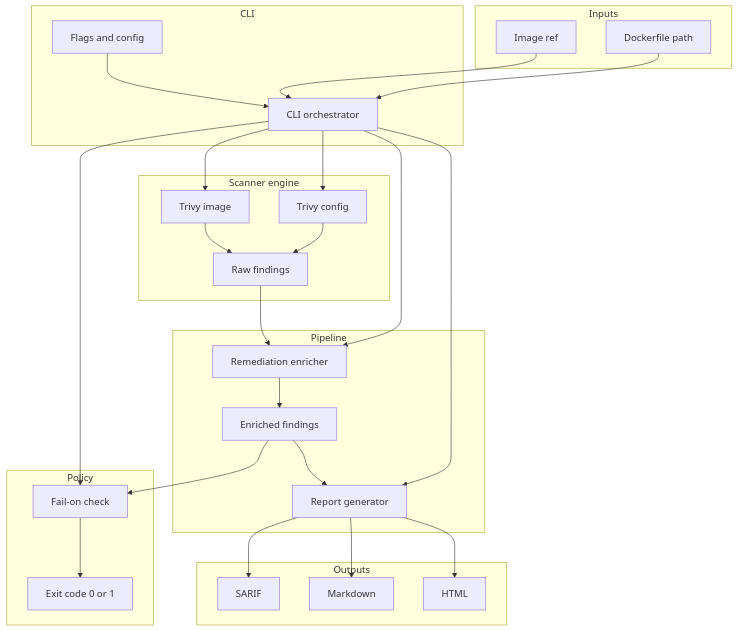
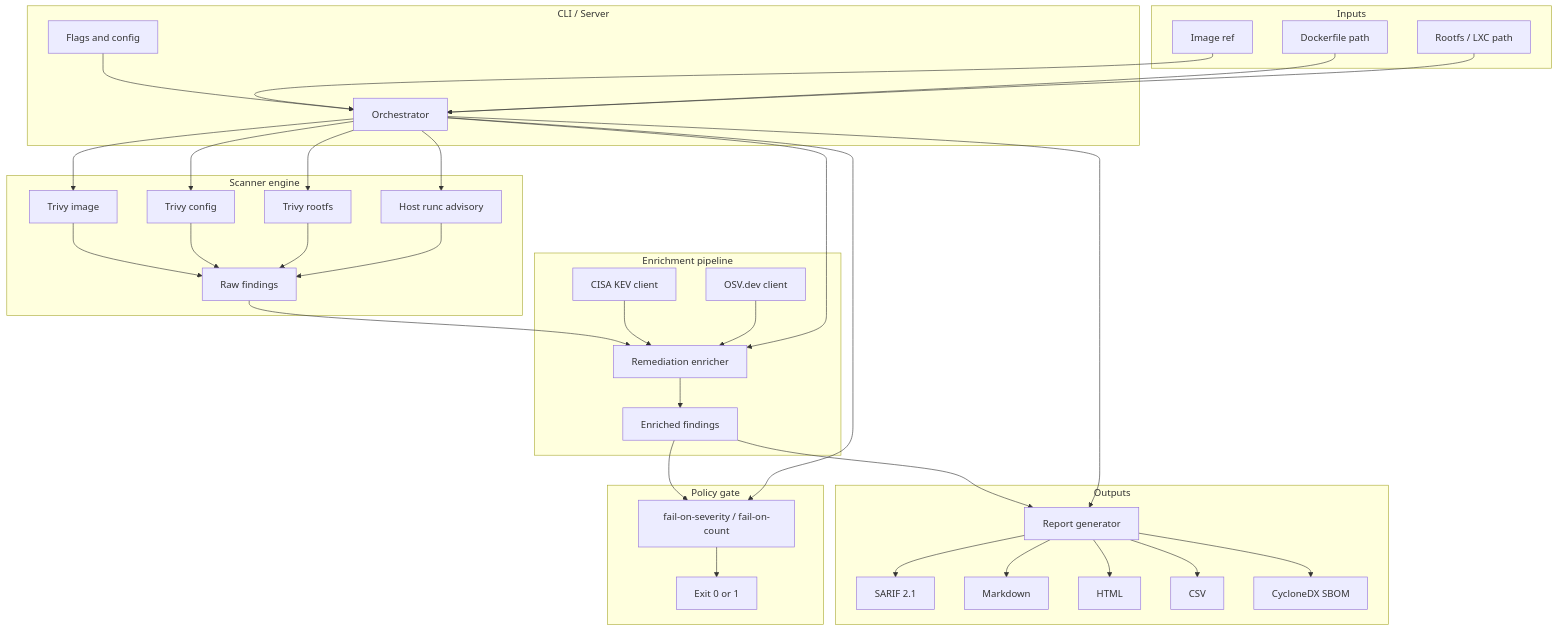
Before and after one commit to beejak/docker-scanner: the first of 7 diagrams in docs/architecture-diagrams.md, drawn with Mermaid. The commit also changed other lines of this file and 35 other files, not shown here.

````diff
--- a/docs/architecture-diagrams.md
+++ b/docs/architecture-diagrams.md
@@ -11,50 +11,65 @@
 ```mermaid
 flowchart TB
   subgraph inputs [Inputs]
     ImageRef[Image ref]
     Dockerfile[Dockerfile path]
+    RootfsPath[Rootfs / LXC path]
   end
 
-  subgraph cli [CLI]
+  subgraph cli [CLI / Server]
     Flags[Flags and config]
-    Flags --> CLI_Orchestrator[CLI orchestrator]
+    Flags --> CLI_Orchestrator[Orchestrator]
   end
 
   subgraph engine [Scanner engine]
     TrivyImage[Trivy image]
     TrivyConfig[Trivy config]
+    TrivyRootfs[Trivy rootfs]
     TrivyImage --> RawFindings[Raw findings]
     TrivyConfig --> RawFindings
+    TrivyRootfs --> RawFindings
+    RuncAdvisory[Host runc advisory] --> RawFindings
   end
 
-  subgraph pipeline [Pipeline]
+  subgraph enrichment [Enrichment pipeline]
+    KEV[CISA KEV client]
+    OSV[OSV.dev client]
     Enricher[Remediation enricher]
-    ReportGen[Report generator]
     RawFindings --> Enricher
+    KEV --> Enricher
+    OSV --> Enricher
     Enricher --> EnrichedFindings[Enriched findings]
-    EnrichedFindings --> ReportGen
   end
 
   subgraph outputs [Outputs]
-    SARIF[SARIF]
+    ReportGen[Report generator]
+    SARIF[SARIF 2.1]
     Markdown[Markdown]
     HTML[HTML]
+    CSV[CSV]
+    SBOM[CycloneDX SBOM]
+    EnrichedFindings --> ReportGen
     ReportGen --> SARIF
     ReportGen --> Markdown
     ReportGen --> HTML
+    ReportGen --> CSV
+    ReportGen --> SBOM
   end
 
-  subgraph policy [Policy]
-    FailOn[Fail-on check]
+  subgraph policy [Policy gate]
+    FailOn[fail-on-severity / fail-on-count]
     EnrichedFindings --> FailOn
-    FailOn --> ExitCode[Exit code 0 or 1]
+    FailOn --> ExitCode[Exit 0 or 1]
   end
 
   ImageRef --> CLI_Orchestrator
   Dockerfile --> CLI_Orchestrator
+  RootfsPath --> CLI_Orchestrator
   CLI_Orchestrator --> TrivyImage
   CLI_Orchestrator --> TrivyConfig
+  CLI_Orchestrator --> TrivyRootfs
+  CLI_Orchestrator --> RuncAdvisory
   CLI_Orchestrator --> Enricher
   CLI_Orchestrator --> ReportGen
   CLI_Orchestrator --> FailOn
 ```
````
